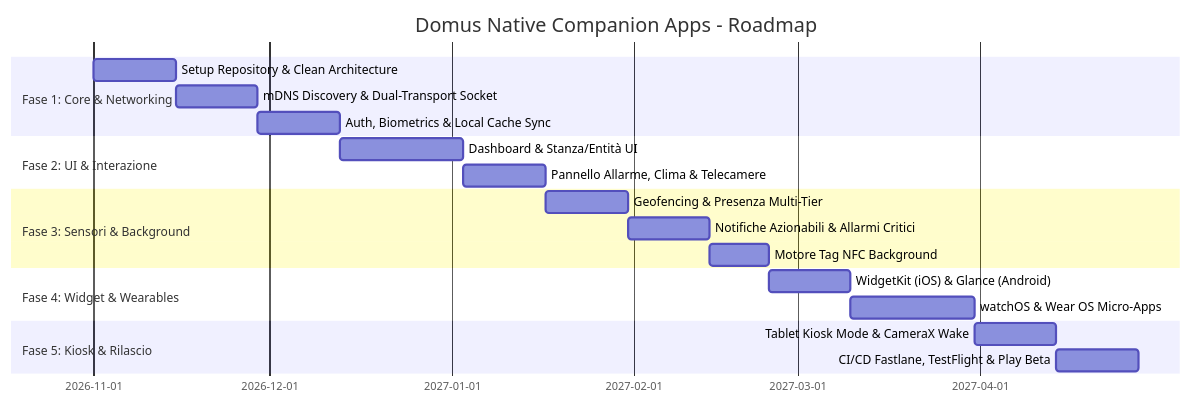
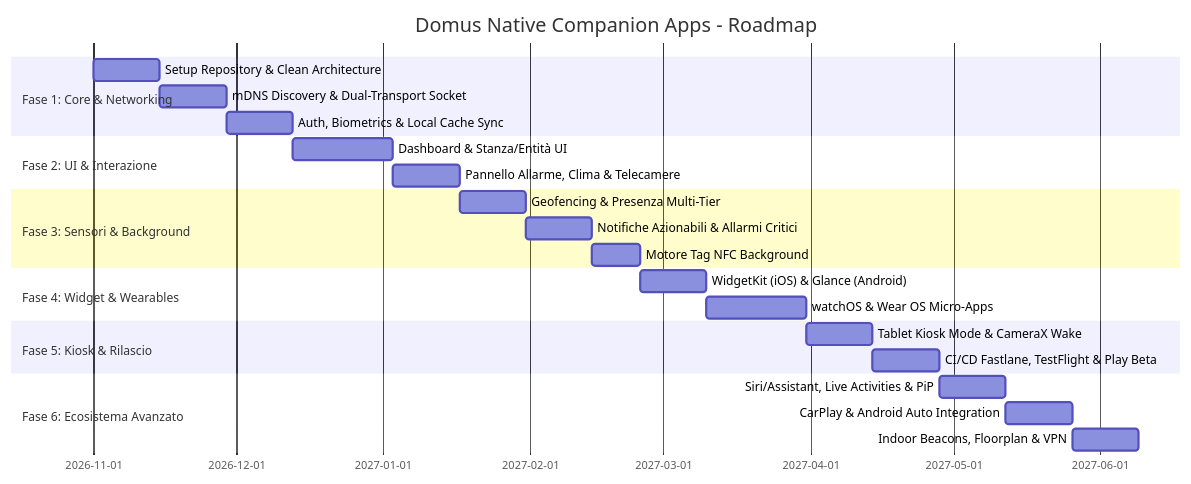
One commit to kimiko88/Domus changed the second of 2 diagrams in native_mobile_apps_implementation_plan.md. Above: the diagram before and after it, drawn with Mermaid. The commit also changed other lines of this file and 17 other files, not shown here.

Commit message:
feat: add iOS ecosystem and hardware features including VPN, CarPlay, Live Activities, and PiP support

````diff
--- a/native_mobile_apps_implementation_plan.md
+++ b/native_mobile_apps_implementation_plan.md
@@ -177,22 +246,26 @@
 ```mermaid
 gantt
     title Domus Native Companion Apps - Roadmap
     dateFormat  YYYY-MM-DD
     section Fase 1: Core & Networking
     Setup Repository & Clean Architecture :2026-11-01, 14d
     mDNS Discovery & Dual-Transport Socket :2026-11-15, 14d
     Auth, Biometrics & Local Cache Sync   :2026-11-29, 14d
     section Fase 2: UI & Interazione
     Dashboard & Stanza/Entità UI         :2026-12-13, 21d
     Pannello Allarme, Clima & Telecamere :2027-01-03, 14d
     section Fase 3: Sensori & Background
     Geofencing & Presenza Multi-Tier     :2027-01-17, 14d
     Notifiche Azionabili & Allarmi Critici :2027-01-31, 14d
     Motore Tag NFC Background             :2027-02-14, 10d
     section Fase 4: Widget & Wearables
     WidgetKit (iOS) & Glance (Android)    :2027-02-24, 14d
     watchOS & Wear OS Micro-Apps          :2027-03-10, 21d
     section Fase 5: Kiosk & Rilascio
     Tablet Kiosk Mode & CameraX Wake      :2027-03-31, 14d
     CI/CD Fastlane, TestFlight & Play Beta:2027-04-14, 14d
+    section Fase 6: Ecosistema Avanzato
+    Siri/Assistant, Live Activities & PiP :2027-04-28, 14d
+    CarPlay & Android Auto Integration    :2027-05-12, 14d
+    Indoor Beacons, Floorplan & VPN      :2027-05-26, 14d
 ```
````
